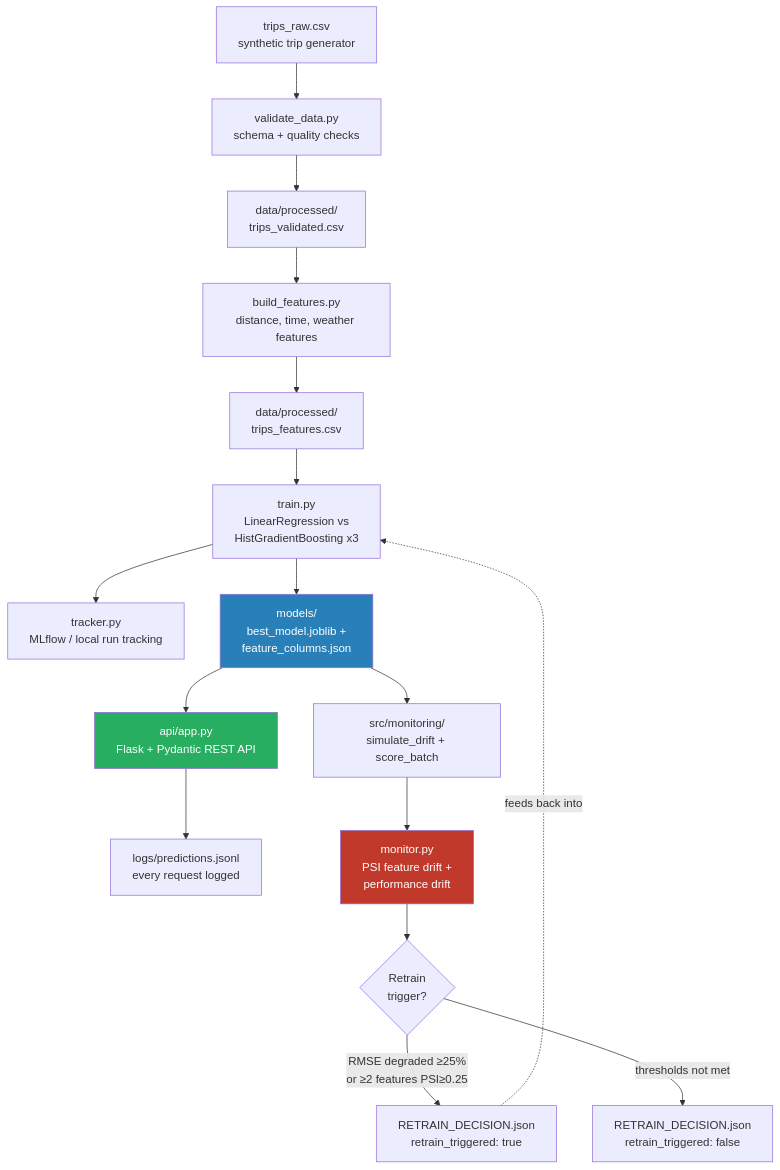
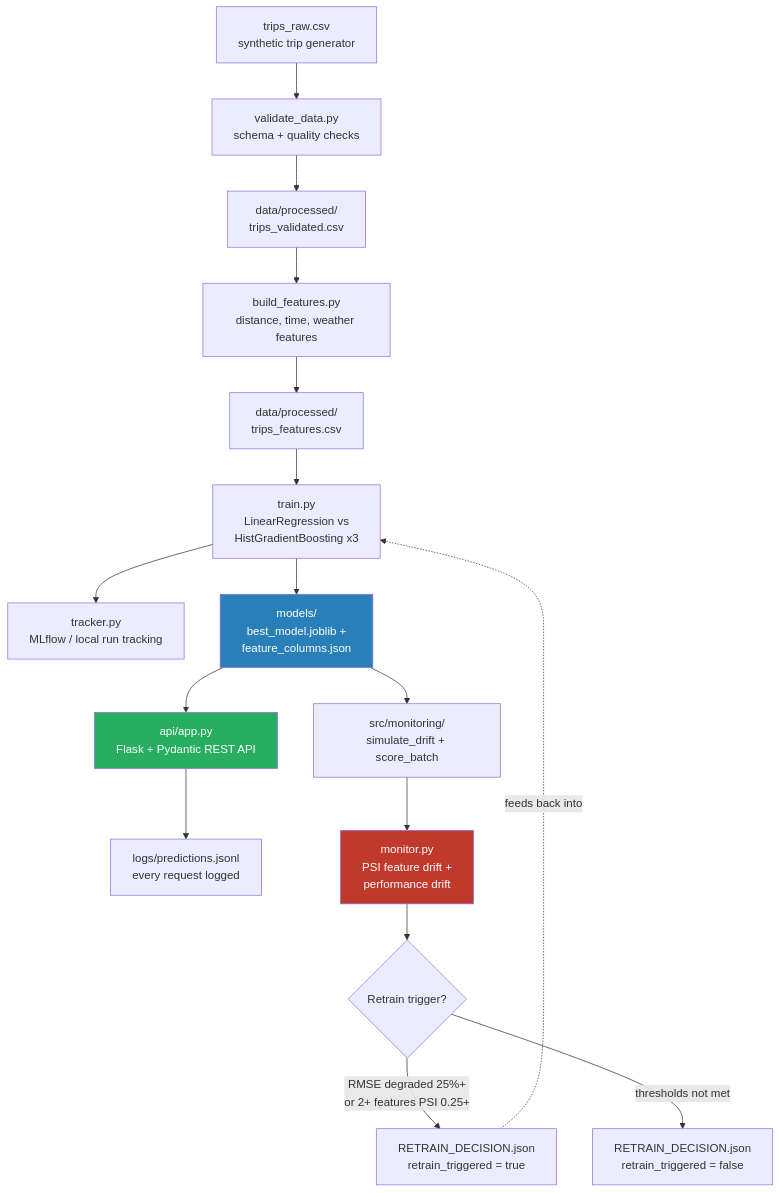
Before and after one commit to Lavanya-Chandrashekar/eta-ml-project: the diagram in README.md, drawn with Mermaid.

Commit message:
fix: quote mermaid node labels so architecture diagram renders

````diff
--- a/README.md
+++ b/README.md
@@ -14,22 +14,22 @@
 ```mermaid
 flowchart TD
-    A[trips_raw.csv<br/>synthetic trip generator] --> B[validate_data.py<br/>schema + quality checks]
-    B --> C[data/processed/<br/>trips_validated.csv]
-    C --> D[build_features.py<br/>distance, time, weather features]
-    D --> E[data/processed/<br/>trips_features.csv]
-    E --> F[train.py<br/>LinearRegression vs<br/>HistGradientBoosting x3]
-    F --> G[tracker.py<br/>MLflow / local run tracking]
-    F --> H[models/<br/>best_model.joblib +<br/>feature_columns.json]
-    H --> I[api/app.py<br/>Flask + Pydantic REST API]
-    I --> J[logs/predictions.jsonl<br/>every request logged]
-    H --> K[src/monitoring/<br/>simulate_drift + score_batch]
-    K --> L[monitor.py<br/>PSI feature drift +<br/>performance drift]
-    L --> M{Retrain<br/>trigger?}
-    M -->|RMSE degraded ≥25%<br/>or ≥2 features PSI≥0.25| N[RETRAIN_DECISION.json<br/>retrain_triggered: true]
-    M -->|thresholds not met| O[RETRAIN_DECISION.json<br/>retrain_triggered: false]
-    N -.->|feeds back into| F
+    A["trips_raw.csv<br/>synthetic trip generator"] --> B["validate_data.py<br/>schema + quality checks"]
+    B --> C["data/processed/<br/>trips_validated.csv"]
+    C --> D["build_features.py<br/>distance, time, weather features"]
+    D --> E["data/processed/<br/>trips_features.csv"]
+    E --> F["train.py<br/>LinearRegression vs<br/>HistGradientBoosting x3"]
+    F --> G["tracker.py<br/>MLflow / local run tracking"]
+    F --> H["models/<br/>best_model.joblib +<br/>feature_columns.json"]
+    H --> I["api/app.py<br/>Flask + Pydantic REST API"]
+    I --> J["logs/predictions.jsonl<br/>every request logged"]
+    H --> K["src/monitoring/<br/>simulate_drift + score_batch"]
+    K --> L["monitor.py<br/>PSI feature drift +<br/>performance drift"]
+    L --> M{"Retrain trigger?"}
+    M -->|"RMSE degraded 25%+<br/>or 2+ features PSI 0.25+"| N["RETRAIN_DECISION.json<br/>retrain_triggered = true"]
+    M -->|"thresholds not met"| O["RETRAIN_DECISION.json<br/>retrain_triggered = false"]
+    N -.->|"feeds back into"| F
 
     style H fill:#2980b9,color:#fff
     style I fill:#27ae60,color:#fff
     style L fill:#c0392b,color:#fff
 ```
````
